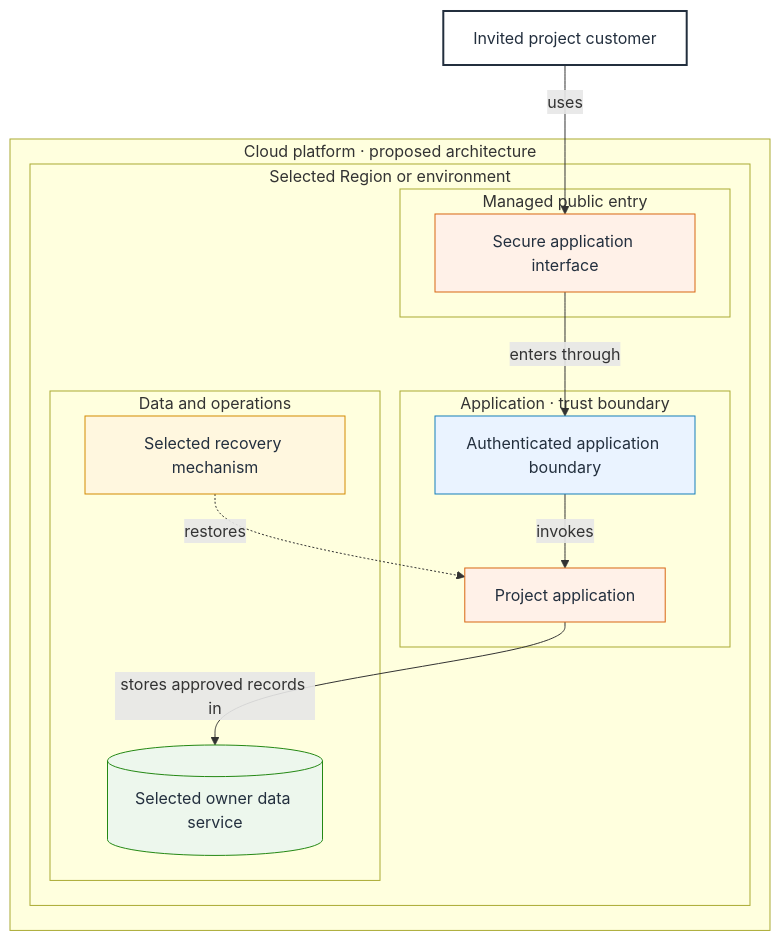
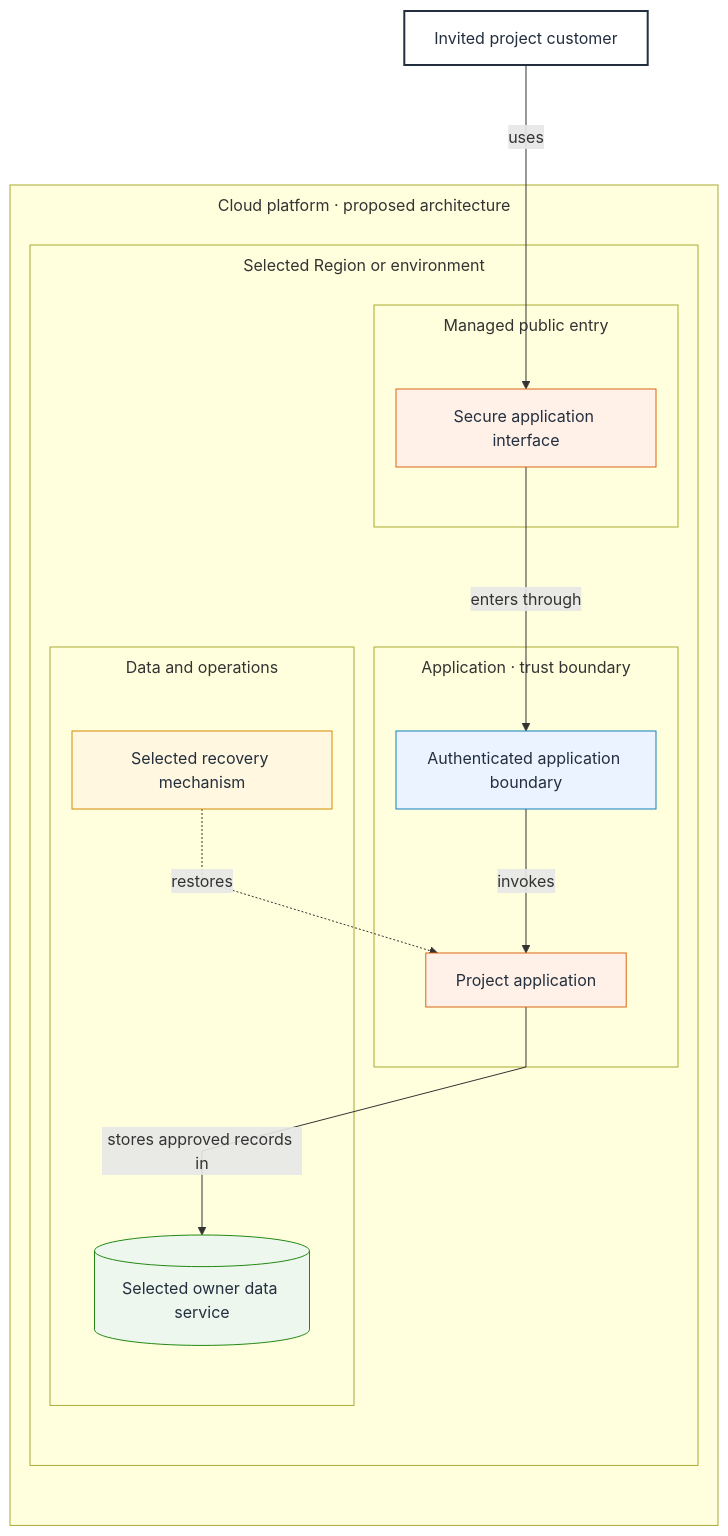
Before and after one commit to Levi-Breedlove/codex-aws-aidlc: the first of 4 diagrams in .agents/skills/fastlane/references/diagram-patterns.md, drawn with Mermaid. The commit also changed other lines of this file and 29 other files, not shown here.

First line of the commit message:
fix: align Fastlane validation, guides, and diagrams for 1.4.2 (#126)

````diff
--- a/.agents/skills/fastlane/references/diagram-patterns.md
+++ b/.agents/skills/fastlane/references/diagram-patterns.md
@@ -63,33 +67,34 @@
 ```mermaid
+%%{init: {"flowchart": {"curve": "linear", "nodeSpacing": 24, "rankSpacing": 120, "subGraphTitleMargin": {"top": 8, "bottom": 16}}, "themeVariables": {"fontSize": "16px"}}}%%
 flowchart TB
     accTitle: Complete proposed application architecture
     accDescr: The customer enters through the public interface, the application applies identity and business rules, and managed data, operations, and recovery services support the outcome.
     ACT-000["Invited project customer"]:::actor
     subgraph CLOUD["Cloud platform · proposed architecture"]
         subgraph REGION["Selected Region or environment"]
             subgraph ENTRY["Managed public entry"]
                 API-000["Secure application interface"]:::compute
             end
             subgraph APPLICATION["Application · trust boundary"]
                 BOUNDARY-000["Authenticated application boundary"]:::entry
                 ARCH-0000["Project application"]:::compute
             end
             subgraph OPERATIONS["Data and operations"]
                 TECH-0004[("Selected owner data service")]:::data
                 TECH-0005["Selected recovery mechanism"]:::ops
             end
         end
     end
     %% Primary request and data path
     ACT-000 -->|uses| API-000
     API-000 -->|enters through| BOUNDARY-000
     BOUNDARY-000 -->|invokes| ARCH-0000
     ARCH-0000 -->|stores approved records in| TECH-0004
     %% Recovery path
     TECH-0005 -. "restores" .-> ARCH-0000
     classDef actor fill:#FFFFFF,stroke:#232F3E,color:#232F3E,stroke-width:2px;
     classDef entry fill:#EAF3FF,stroke:#147EBA,color:#232F3E;
     classDef compute fill:#FFF1E8,stroke:#D86613,color:#232F3E;
     classDef data fill:#EDF7ED,stroke:#248814,color:#232F3E;
     classDef ops fill:#FFF7DF,stroke:#D38B00,color:#232F3E;
 ```
````
